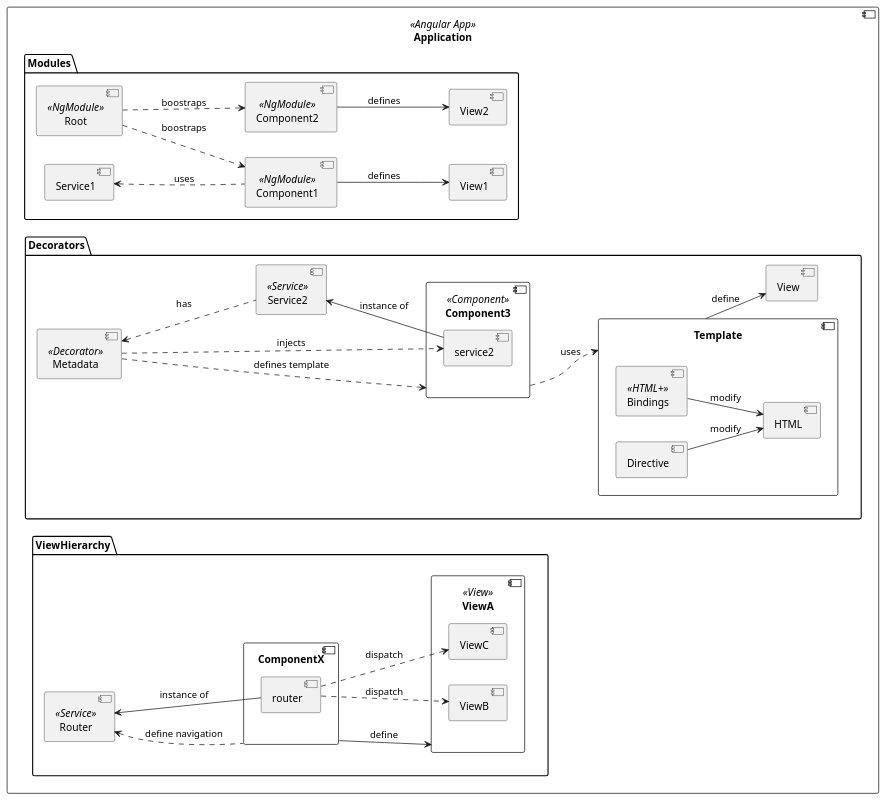
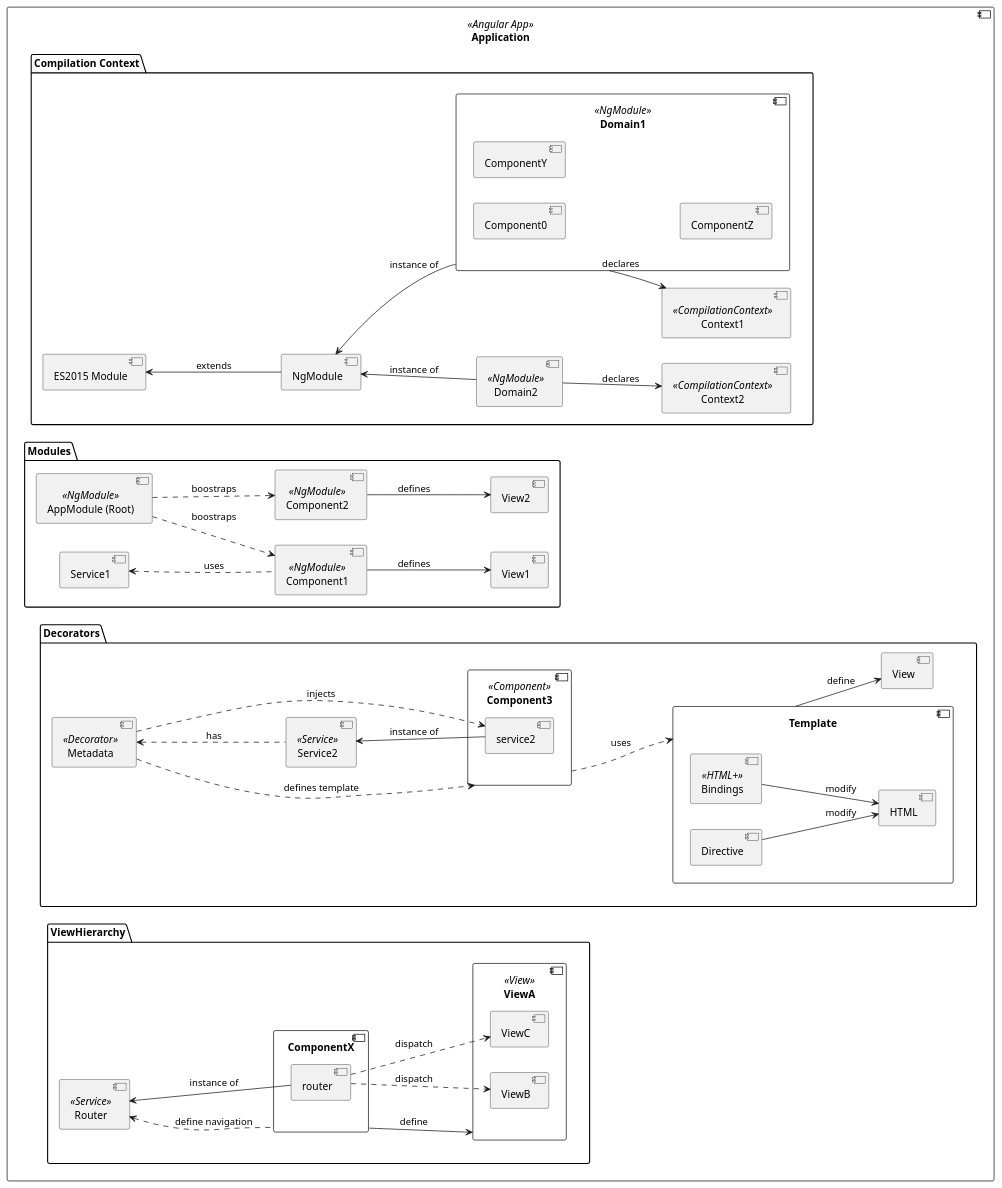
Before and after one commit to pgpbpadilla/reading-notes-angular: the diagram in ngmodules-application.puml, drawn with PlantUML.

Commit message:
new: doc: Compilation Context

```diff
--- a/ngmodules-application.puml
+++ b/ngmodules-application.puml
@@ -1,70 +1,89 @@
 @startuml
 
 left to right direction
 
 component Application <<Angular App>> {
 
+	package "Compilation Context" as CC {
+		[ES2015 Module] <-- [NgModule]: extends
+
+		component Domain1 <<NgModule>> {
+			[Component0]
+			[ComponentY]
+			[ComponentZ]
+		}
+		component Domain2 <<NgModule>>
+
+		component Context1 <<CompilationContext>>
+		component Context2 <<CompilationContext>>
+		Domain1 --> [Context1]: declares
+		Domain2 --> [Context2]: declares
+
+		[NgModule] <-- Domain1: instance of
+		[NgModule] <-- Domain2: instance of
+	}
+
 	package Modules {
-		[Root] <<NgModule>>
+		[AppModule (Root)] <<NgModule>> as Root
 
 		[Component1] <<NgModule>>
 		[Component1] --> [View1]: defines
 
 		[Component2] <<NgModule>>
 		[Component2] --> [View2]: defines
 
 		[Root] ..> [Component1]: boostraps
 		[Root] ..> [Component2]: boostraps
 
 		[Service1] <.. [Component1]: uses
 	}
 
 	package Decorators {
 		[Metadata] <<Decorator>>
 
 		component Component3 <<Component>> {
 			[service2]
 		}
 
 		[Metadata] ..> Component3: defines template
 
 		component Service2 <<Service>>
 		[Service2] <-- [service2]: instance of
 		[Metadata] <.. Service2: has
 		[Metadata] ..> [service2]: injects
 
 		Component3 ..> [Template]: uses
 
 		component Template {
 			[HTML]
 			[Directive] --> [HTML]: modify
 			[Bindings] <<HTML+>>
 			[Bindings] --> [HTML]: modify
 		}
 		Template --> [View]: define
 
 	}
 
 	package ViewHierarchy {
 		component ComponentX {
 			[router]
 		}
 
 		component ViewA <<View>> {
 			[ViewB]
 			[ViewC]
 		}
 		ComponentX --> ViewA: define
 
 		[Router] <<Service>>
 		[Router] <.. ComponentX: define navigation
 
 		[Router] <-- [router]: instance of
 		[router] ..> [ViewC]: dispatch
 		[router] ..> [ViewB]: dispatch
 	}
 }
 
 
 
 @enduml
```
